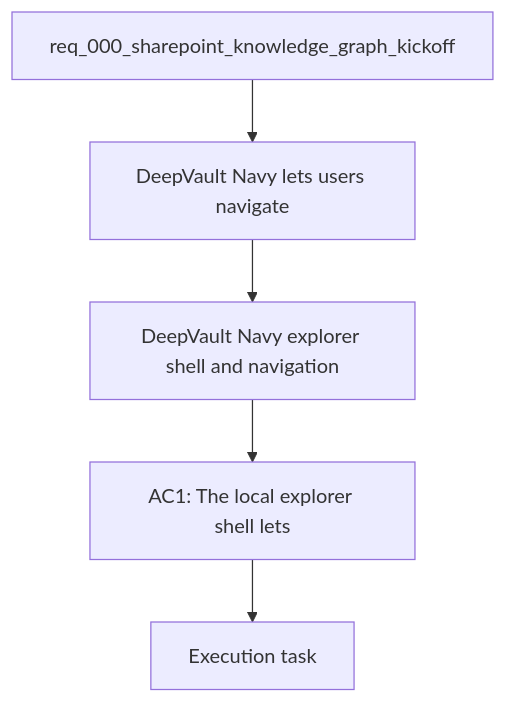
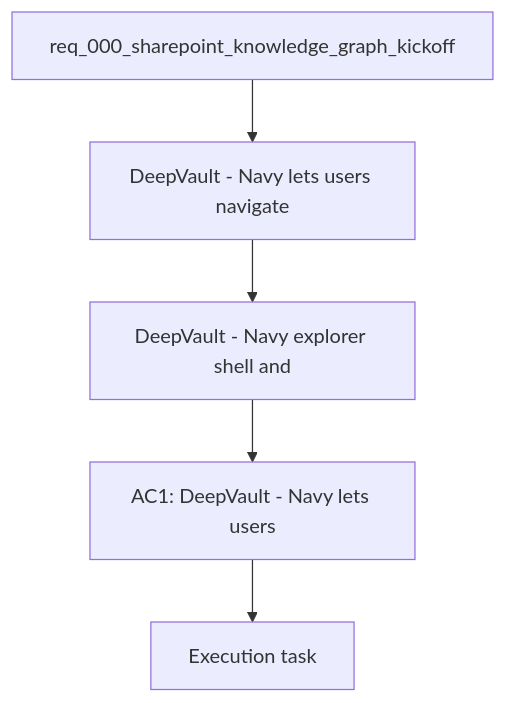
One commit to AlexAgo83/deepvault changed the diagram in logics/backlog/item_008_local_explorer_shell_and_navigation.md. Above: the diagram before and after it, drawn with Mermaid. The commit also changed other lines of this file and 28 other files, not shown here.

Commit message:
Align DeepVault docs and UI workflow guardrails

````diff
--- a/logics/backlog/item_008_local_explorer_shell_and_navigation.md
+++ b/logics/backlog/item_008_local_explorer_shell_and_navigation.md
@@ -22,9 +22,9 @@
 ```mermaid
 %% logics-kind: backlog
 %% logics-signature: backlog|deepvault-navy-explorer-shell-and-naviga|req-000-sharepoint-knowledge-graph-kicko|deepvault-navy-lets-users-navigate|ac1-deepvault-navy-lets-users
 flowchart TD
-    Request[req_000_sharepoint_knowledge_graph_kickoff] --> Problem[DeepVault Navy lets users navigate]
-    Problem --> Scope[DeepVault Navy explorer shell and navigation]
-    Scope --> Acceptance[AC1: The local explorer shell lets]
+    Request[req_000_sharepoint_knowledge_graph_kickoff] --> Problem[DeepVault - Navy lets users navigate]
+    Problem --> Scope[DeepVault - Navy explorer shell and]
+    Scope --> Acceptance[AC1: DeepVault - Navy lets users]
     Acceptance --> Tasks[Execution task]
 ```
````
